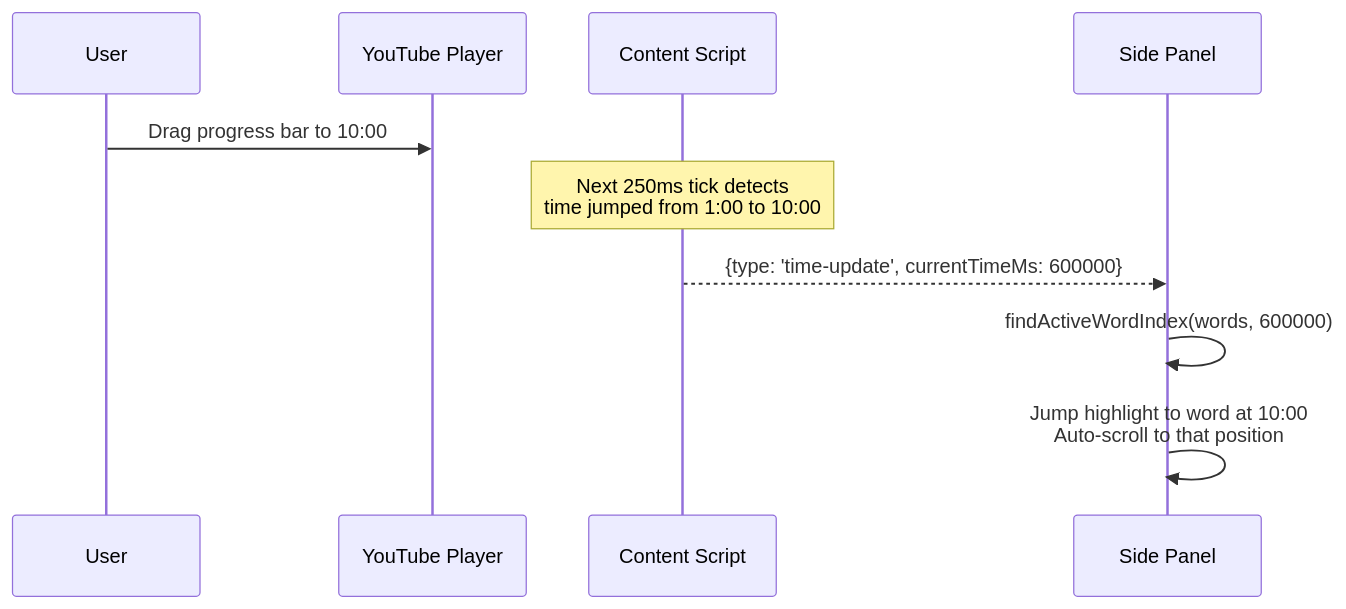
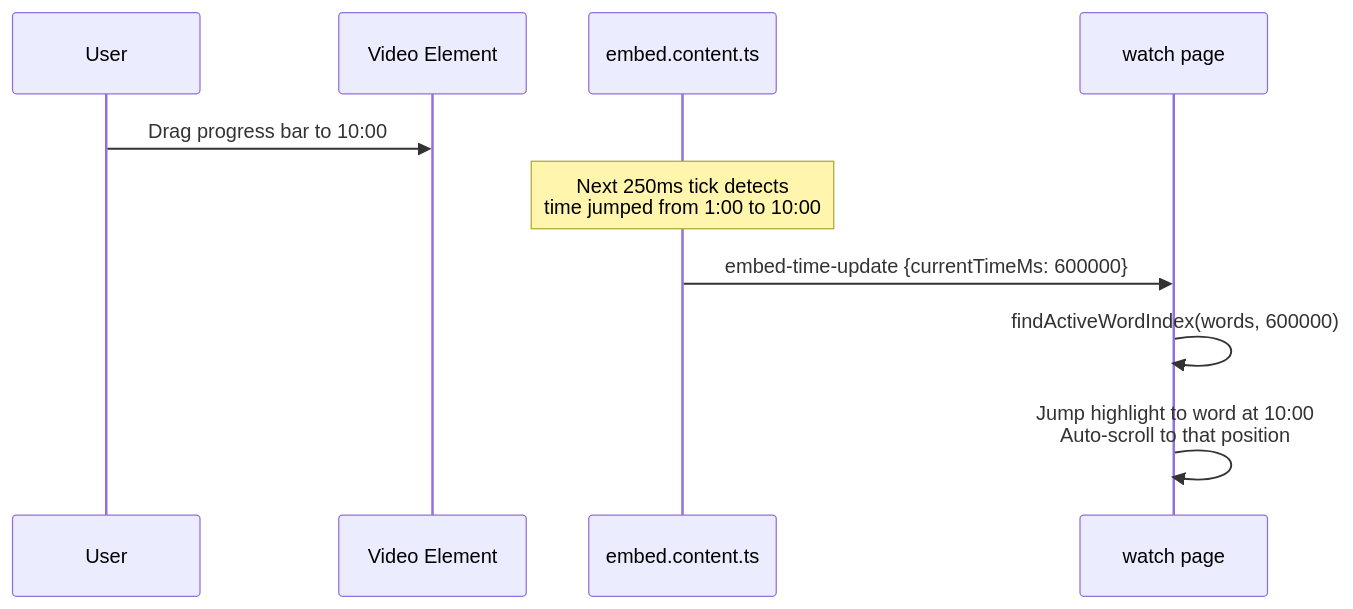
The fifth of 6 diagrams in docs/spec/architecture.md (tednaleid/quoth), drawn with Mermaid before and after one commit. The commit also changed other lines of this file and 2 other files, not shown here.

First line of the commit message:
docs: update architecture and testing docs for sidebar removal

````diff
--- a/docs/spec/architecture.md
+++ b/docs/spec/architecture.md
@@ -172,14 +145,14 @@
 ```mermaid
 sequenceDiagram
     participant User
-    participant YT as YouTube Player
-    participant CS as Content Script
-    participant SP as Side Panel
+    participant VID as Video Element
+    participant EC as embed.content.ts
+    participant WP as watch page
 
-    User->>YT: Drag progress bar to 10:00
+    User->>VID: Drag progress bar to 10:00
 
-    Note over CS: Next 250ms tick detects<br/>time jumped from 1:00 to 10:00
-    CS-->>SP: {type: 'time-update', currentTimeMs: 600000}
-    SP->>SP: findActiveWordIndex(words, 600000)
-    SP->>SP: Jump highlight to word at 10:00<br/>Auto-scroll to that position
+    Note over EC: Next 250ms tick detects<br/>time jumped from 1:00 to 10:00
+    EC->>WP: embed-time-update {currentTimeMs: 600000}
+    WP->>WP: findActiveWordIndex(words, 600000)
+    WP->>WP: Jump highlight to word at 10:00<br/>Auto-scroll to that position
 ```
````
